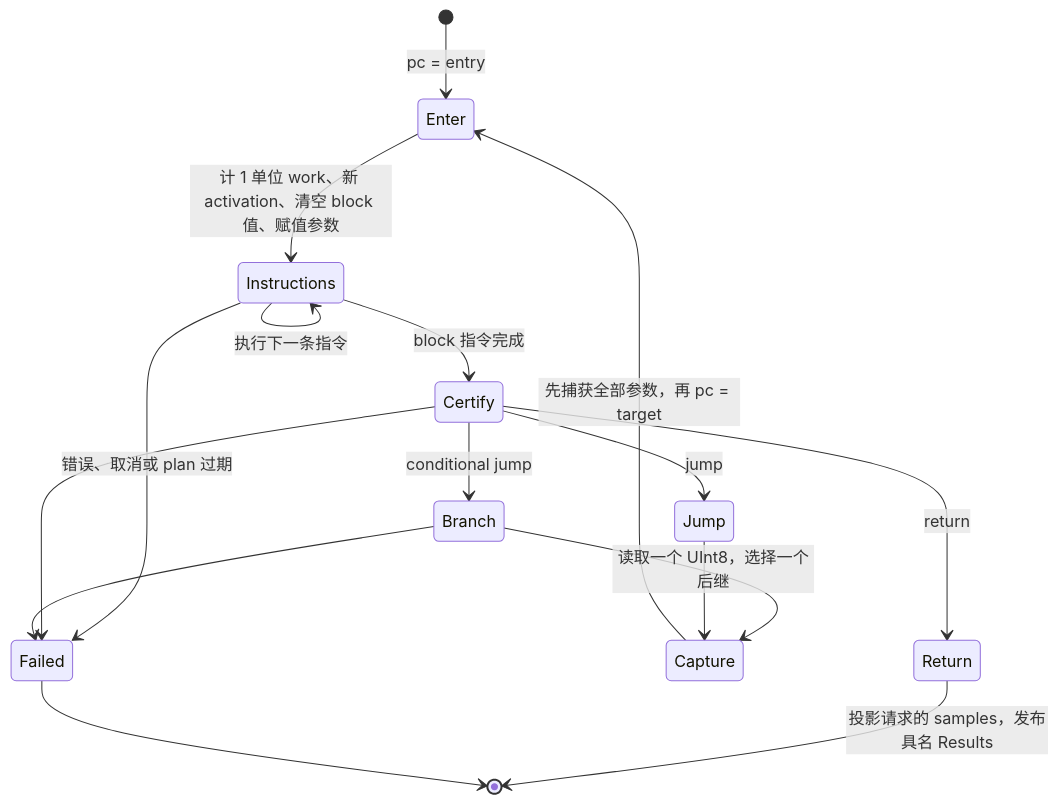
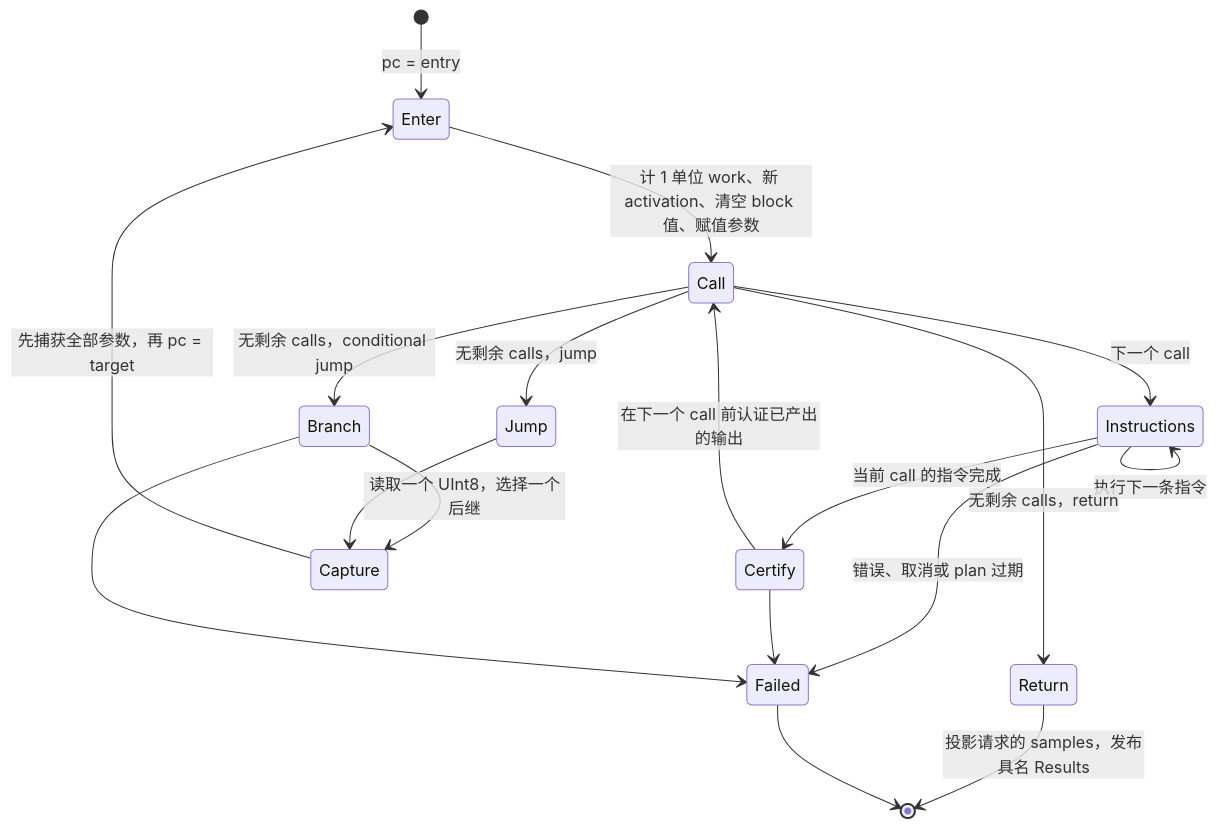
The third of 3 diagrams in docs/kernel-architecture/zh/Compiler-and-Execution.zh.md (kevin-zf1123/photospider), drawn with Mermaid before and after one commit. The commit also changed other lines of this file and 21 other files, not shown here.

````diff
--- a/docs/kernel-architecture/zh/Compiler-and-Execution.zh.md
+++ b/docs/kernel-architecture/zh/Compiler-and-Execution.zh.md
@@ -152,18 +184,20 @@
 ```mermaid
 stateDiagram-v2
     [*] --> Enter: pc = entry
-    Enter --> Instructions: 计 1 单位 work、新 activation、清空 block 值、赋值参数
+    Enter --> Call: 计 1 单位 work、新 activation、清空 block 值、赋值参数
+    Call --> Instructions: 下一个 call
     Instructions --> Instructions: 执行下一条指令
-    Instructions --> Certify: block 指令完成
-    Certify --> Branch: conditional jump
-    Certify --> Jump: jump
-    Certify --> Return: return
+    Instructions --> Certify: 当前 call 的指令完成
+    Certify --> Call: 在下一个 call 前认证已产出的输出
+    Call --> Branch: 无剩余 calls，conditional jump
+    Call --> Jump: 无剩余 calls，jump
+    Call --> Return: 无剩余 calls，return
     Branch --> Capture: 读取一个 UInt8，选择一个后继
     Jump --> Capture
     Capture --> Enter: 先捕获全部参数，再 pc = target
     Return --> [*]: 投影请求的 samples，发布具名 Results
     Instructions --> Failed: 错误、取消或 plan 过期
     Certify --> Failed
     Branch --> Failed
     Failed --> [*]
 ```
````
